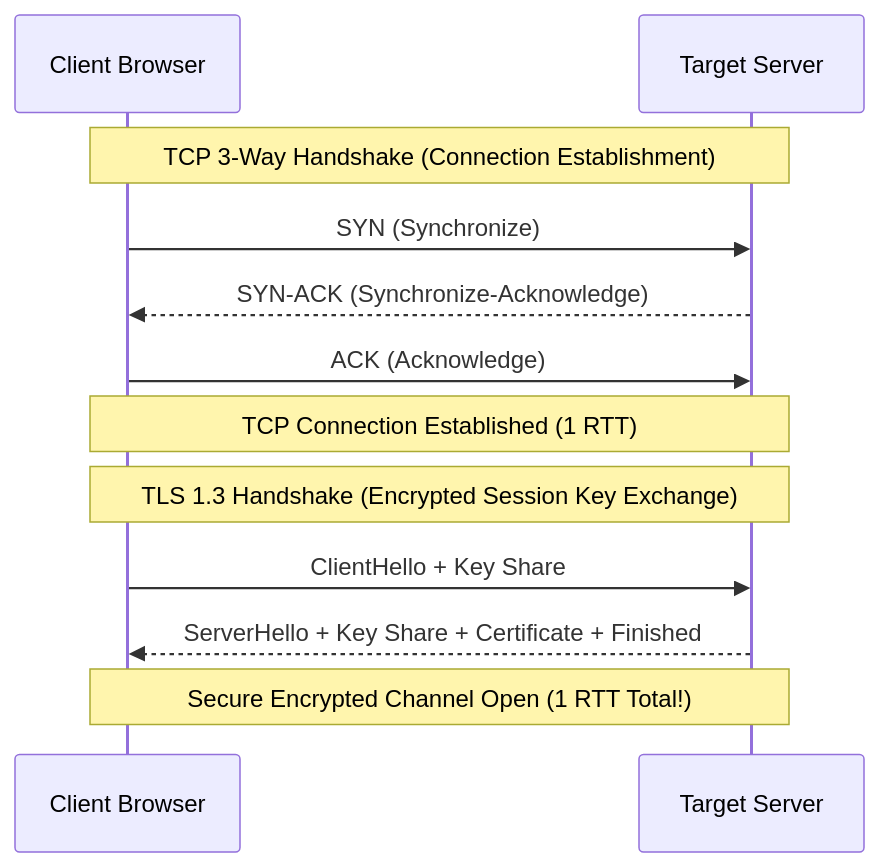
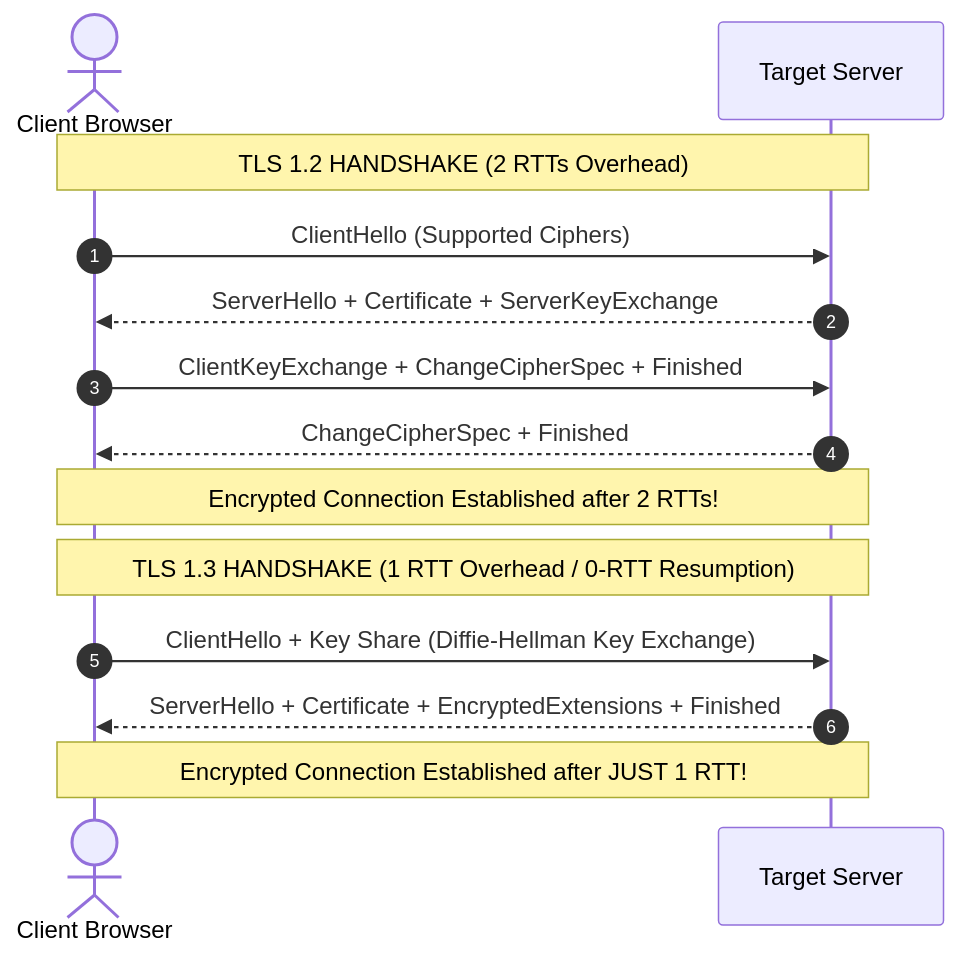
One commit to Amie-dev/engineering-playbook changed the third of 3 diagrams in system-design-notes/03-networking-deep-dive.md. Above: the diagram before and after it, drawn with Mermaid. The commit also changed other lines of this file and 33 other files, not shown here.

````diff
--- a/system-design-notes/03-networking-deep-dive.md
+++ b/system-design-notes/03-networking-deep-dive.md
@@ -10,16 +83,18 @@
 ```mermaid
 sequenceDiagram
-    participant Client as Client Browser
+    autonumber
+    actor Client as Client Browser
     participant Server as Target Server
 
-    Note over Client,Server: TCP 3-Way Handshake (Connection Establishment)
-    Client->>Server: SYN (Synchronize)
-    Server-->>Client: SYN-ACK (Synchronize-Acknowledge)
-    Client->>Server: ACK (Acknowledge)
-    Note over Client,Server: TCP Connection Established (1 RTT)
+    note over Client,Server: TLS 1.2 HANDSHAKE (2 RTTs Overhead)
+    Client->>Server: ClientHello (Supported Ciphers)
+    Server-->>Client: ServerHello + Certificate + ServerKeyExchange
+    Client->>Server: ClientKeyExchange + ChangeCipherSpec + Finished
+    Server-->>Client: ChangeCipherSpec + Finished
+    note over Client,Server: Encrypted Connection Established after 2 RTTs!
 
-    Note over Client,Server: TLS 1.3 Handshake (Encrypted Session Key Exchange)
-    Client->>Server: ClientHello + Key Share
-    Server-->>Client: ServerHello + Key Share + Certificate + Finished
-    Note over Client,Server: Secure Encrypted Channel Open (1 RTT Total!)
+    note over Client,Server: TLS 1.3 HANDSHAKE (1 RTT Overhead / 0-RTT Resumption)
+    Client->>Server: ClientHello + Key Share (Diffie-Hellman Key Exchange)
+    Server-->>Client: ServerHello + Certificate + EncryptedExtensions + Finished
+    note over Client,Server: Encrypted Connection Established after JUST 1 RTT!
 ```
````
